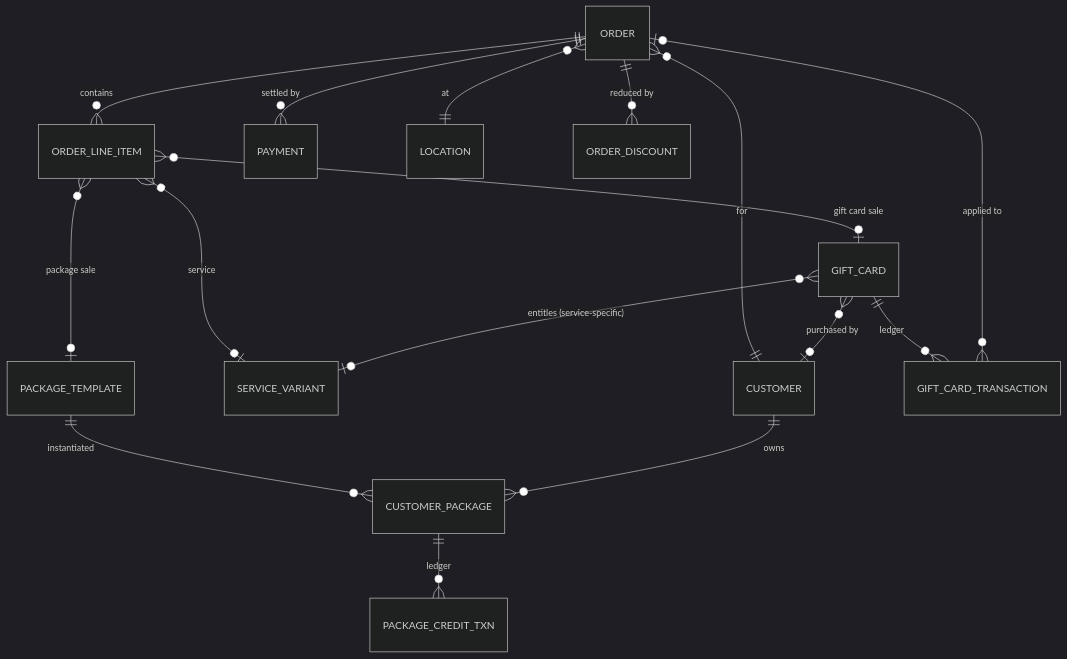
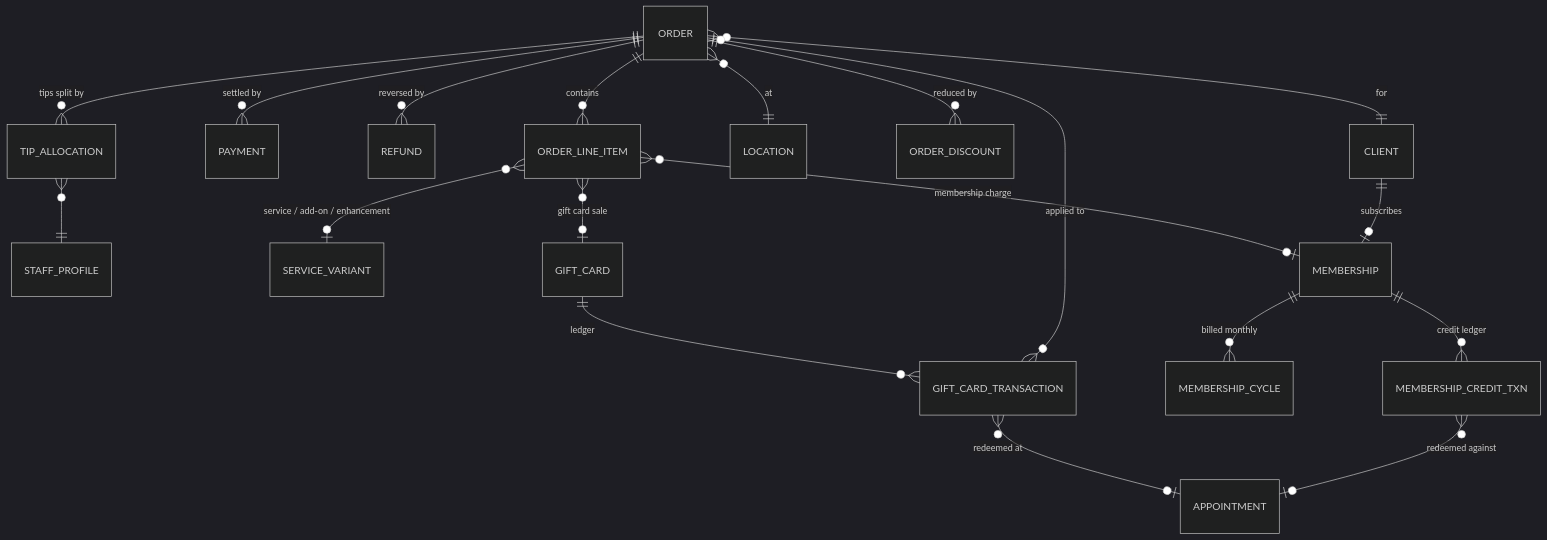
One commit to Zogoo/salon_crm changed the fifth of 6 diagrams in docs/02-domain-model.md. Above: the diagram before and after it, drawn with Mermaid (dark theme). The commit also changed other lines of this file and 8 other files, not shown here.

````diff
--- a/docs/02-domain-model.md
+++ b/docs/02-domain-model.md
@@ -114,21 +123,24 @@
 ```mermaid
 erDiagram
     ORDER ||--o{ ORDER_LINE_ITEM : "contains"
     ORDER ||--o{ PAYMENT : "settled by"
-    ORDER }o--|| CUSTOMER : "for"
+    ORDER ||--o{ REFUND : "reversed by"
+    ORDER }o--|| CLIENT : "for"
     ORDER }o--|| LOCATION : "at"
     ORDER ||--o{ ORDER_DISCOUNT : "reduced by"
+    ORDER ||--o{ TIP_ALLOCATION : "tips split by"
+    TIP_ALLOCATION }o--|| STAFF_PROFILE : ""
 
-    ORDER_LINE_ITEM }o--o| SERVICE_VARIANT : "service"
+    ORDER_LINE_ITEM }o--o| SERVICE_VARIANT : "service / add-on / enhancement"
     ORDER_LINE_ITEM }o--o| GIFT_CARD : "gift card sale"
-    ORDER_LINE_ITEM }o--o| PACKAGE_TEMPLATE : "package sale"
+    ORDER_LINE_ITEM }o--o| MEMBERSHIP : "membership charge"
 
     GIFT_CARD ||--o{ GIFT_CARD_TRANSACTION : "ledger"
     GIFT_CARD_TRANSACTION }o--o| ORDER : "applied to"
-    GIFT_CARD }o--o| CUSTOMER : "purchased by"
-    GIFT_CARD }o--o| SERVICE_VARIANT : "entitles (service-specific)"
+    GIFT_CARD_TRANSACTION }o--o| APPOINTMENT : "redeemed at"
 
-    PACKAGE_TEMPLATE ||--o{ CUSTOMER_PACKAGE : "instantiated"
-    CUSTOMER_PACKAGE ||--o{ PACKAGE_CREDIT_TXN : "ledger"
-    CUSTOMER ||--o{ CUSTOMER_PACKAGE : "owns"
+    CLIENT ||--o| MEMBERSHIP : "subscribes"
+    MEMBERSHIP ||--o{ MEMBERSHIP_CYCLE : "billed monthly"
+    MEMBERSHIP ||--o{ MEMBERSHIP_CREDIT_TXN : "credit ledger"
+    MEMBERSHIP_CREDIT_TXN }o--o| APPOINTMENT : "redeemed against"
 ```
````
